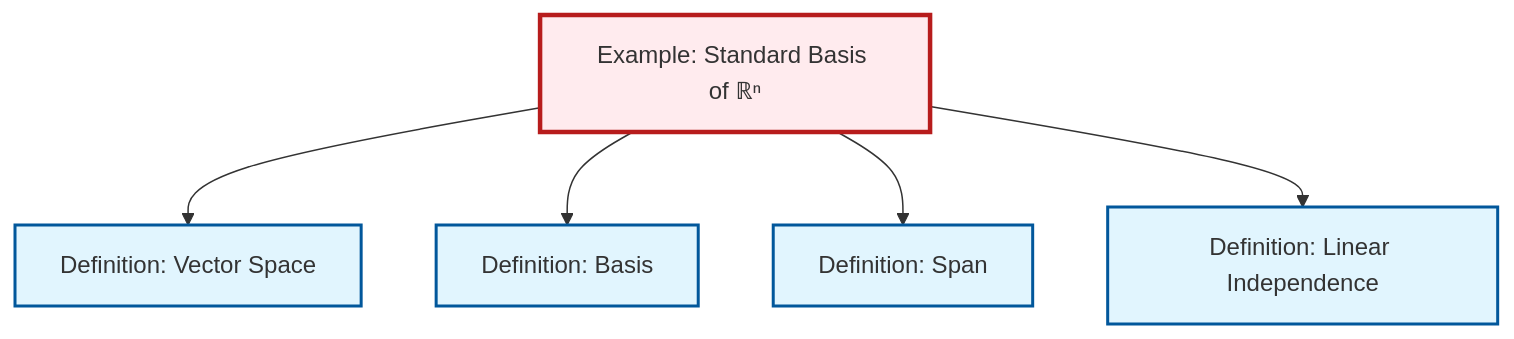
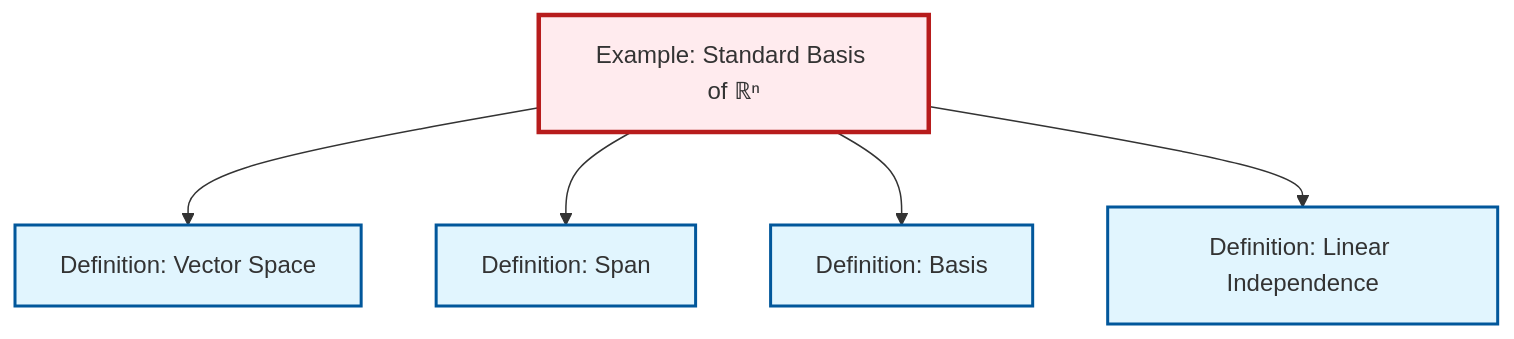
The diagram in content/en/algebra/ex-standard-basis-rn.qmd (RK0429/ModernMath), drawn with Mermaid before and after one commit. The commit also changed other lines of this file and 634 other files, not shown here.

````diff
--- a/content/en/algebra/ex-standard-basis-rn.qmd
+++ b/content/en/algebra/ex-standard-basis-rn.qmd
@@ -62,23 +62,23 @@
 ```{mermaid}
 %%| fig-cap: "Local dependency graph"
 graph TD
     classDef definition fill:#e1f5fe,stroke:#01579b,stroke-width:2px
     classDef theorem fill:#f3e5f5,stroke:#4a148c,stroke-width:2px
     classDef axiom fill:#fff3e0,stroke:#e65100,stroke-width:2px
     classDef example fill:#e8f5e9,stroke:#1b5e20,stroke-width:2px
     classDef current fill:#ffebee,stroke:#b71c1c,stroke-width:3px
-    def-span["Definition: Span"]:::definition
-    def-linear-independence["Definition: Linear Independence"]:::definition
     ex-standard-basis-rn["Example: Standard Basis of ℝⁿ"]:::example
     def-basis["Definition: Basis"]:::definition
     def-vector-space["Definition: Vector Space"]:::definition
+    def-linear-independence["Definition: Linear Independence"]:::definition
+    def-span["Definition: Span"]:::definition
     ex-standard-basis-rn --> def-vector-space
+    ex-standard-basis-rn --> def-span
     ex-standard-basis-rn --> def-basis
-    ex-standard-basis-rn --> def-span
     ex-standard-basis-rn --> def-linear-independence
     class ex-standard-basis-rn current
-    click def-span "def-span.html" "Go to Span definition"
-    click def-linear-independence "def-linear-independence.html" "Go to Linear Independence definition"
     click def-basis "def-basis.html" "Go to Basis definition"
     click def-vector-space "def-vector-space.html" "Go to Vector Space definition"
+    click def-linear-independence "def-linear-independence.html" "Go to Linear Independence definition"
+    click def-span "def-span.html" "Go to Span definition"
 ```
````
